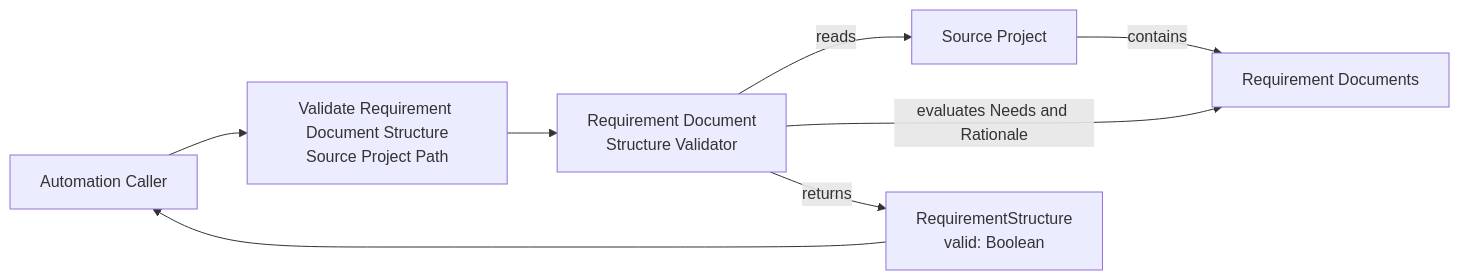
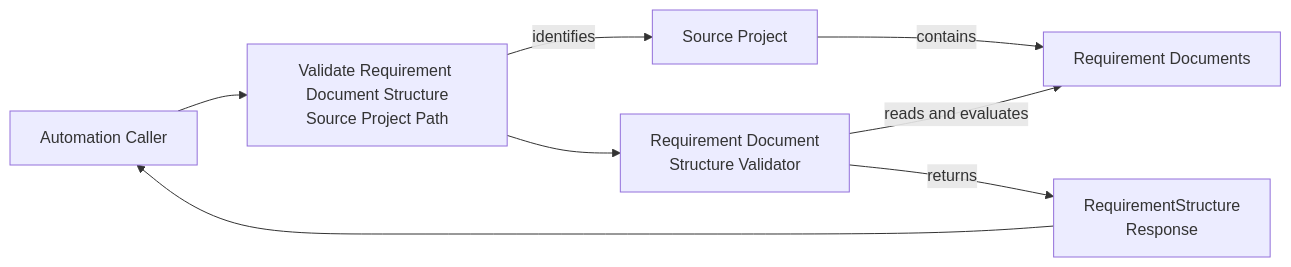
The diagram in doc/requirements/domain/spec-validation/use_cases.md (exasol/coding-agent-flow), drawn with Mermaid before and after one commit. The commit also changed other lines of this file and 6 other files, not shown here.

Commit message:
Added domain model diagrams for "Spec Validation" domain.

````diff
--- a/doc/requirements/domain/spec-validation/use_cases.md
+++ b/doc/requirements/domain/spec-validation/use_cases.md
@@ -25,14 +28,15 @@
 ```mermaid
 flowchart LR
     caller["Automation Caller"]
     request["Validate Requirement Document Structure<br/>Source Project Path"]
     validator["Requirement Document<br/>Structure Validator"]
     project["Source Project"]
     documents["Requirement Documents"]
-    response["RequirementStructure<br/>valid: Boolean"]
+    response["RequirementStructure<br/>Response"]
 
     caller --> request --> validator
-    validator -->|reads| project -->|contains| documents
-    validator -->|evaluates Needs and Rationale| documents
+    request -->|identifies| project
+    project -->|contains| documents
+    validator -->|reads and evaluates| documents
     validator -->|returns| response --> caller
 ```
````
